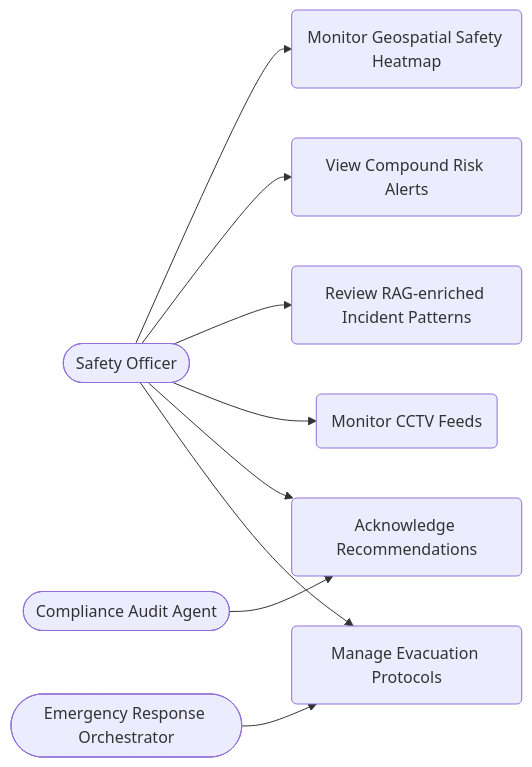
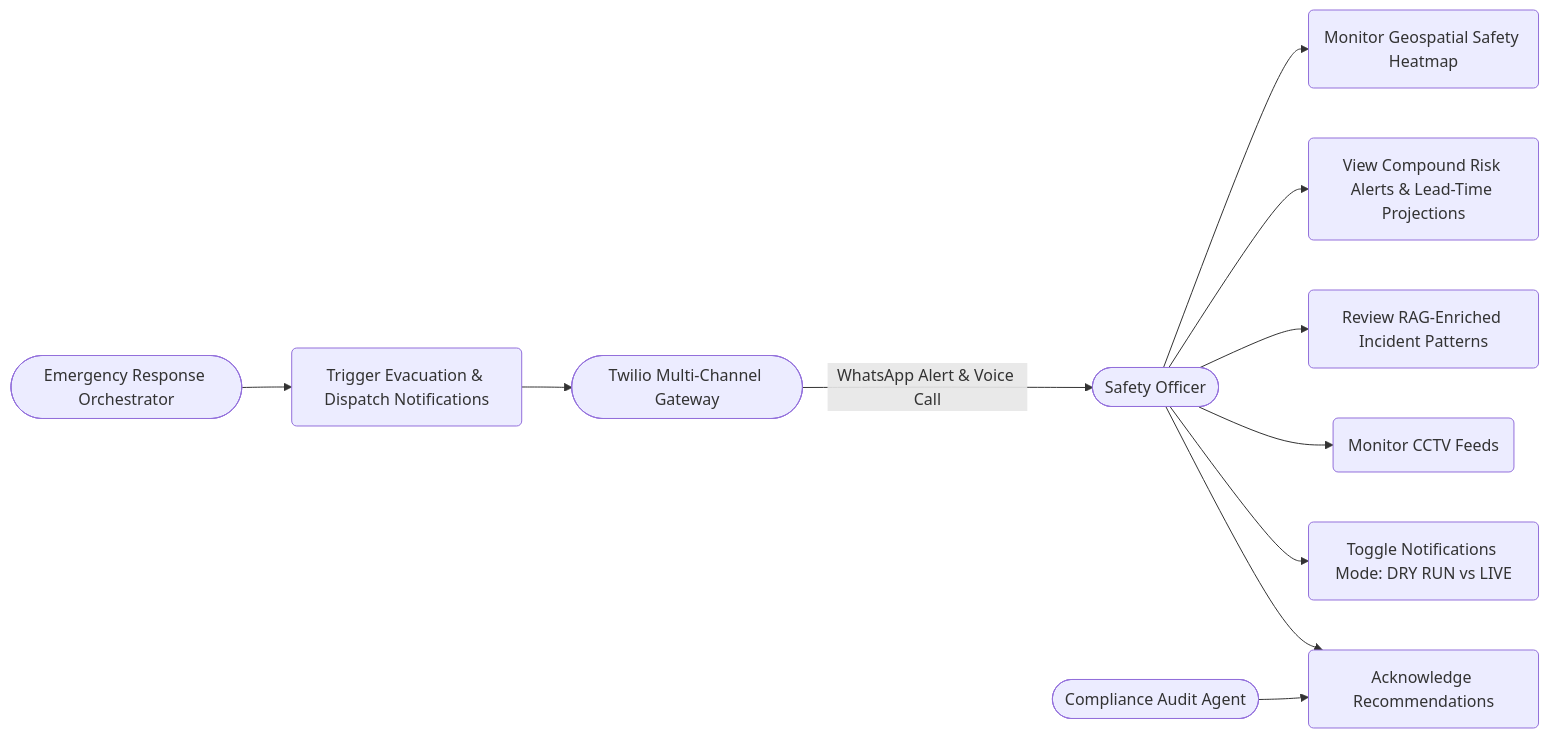
One commit to Mahatva777/IndusIntel-AI changed the third of 3 diagrams in README.md. Above: the diagram before and after it, drawn with Mermaid. The commit also changed other lines of this file and 11 other files, not shown here.

Commit message:
feat(emergency-orchestrator): add multi-channel Twilio dispatch, predictive lead-time projections, and UI control plane

````diff
--- a/README.md
+++ b/README.md
@@ -109,17 +124,20 @@
 ```mermaid
 flowchart LR
     Actor1([Safety Officer])
     Agent1([Emergency Response Orchestrator])
     Agent2([Compliance Audit Agent])
+    Twilio([Twilio Multi-Channel Gateway])
     
     Actor1 --> UC1(Monitor Geospatial Safety Heatmap)
-    Actor1 --> UC2(View Compound Risk Alerts)
-    Actor1 --> UC3(Review RAG-enriched Incident Patterns)
+    Actor1 --> UC2(View Compound Risk Alerts & Lead-Time Projections)
+    Actor1 --> UC3(Review RAG-Enriched Incident Patterns)
     Actor1 --> UC5(Monitor CCTV Feeds)
+    Actor1 --> UC7(Toggle Notifications Mode: DRY RUN vs LIVE)
     
     Agent2 --> UC4(Generate Corrective Action Workflows)
     Actor1 --> UC4(Acknowledge Recommendations)
     
     Agent1 --> UC6(Trigger Evacuation & Dispatch Notifications)
-    Actor1 --> UC6(Manage Evacuation Protocols)
+    UC6 --> Twilio
+    Twilio -->|WhatsApp Alert & Voice Call| Actor1
 ```
````
